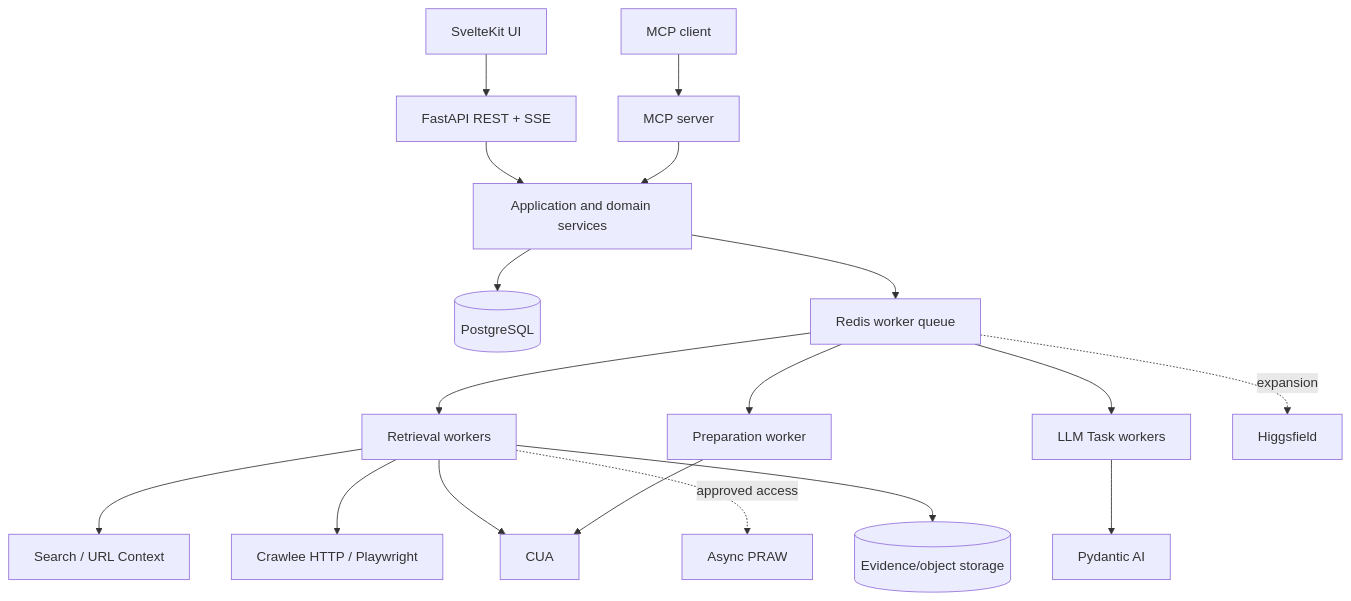
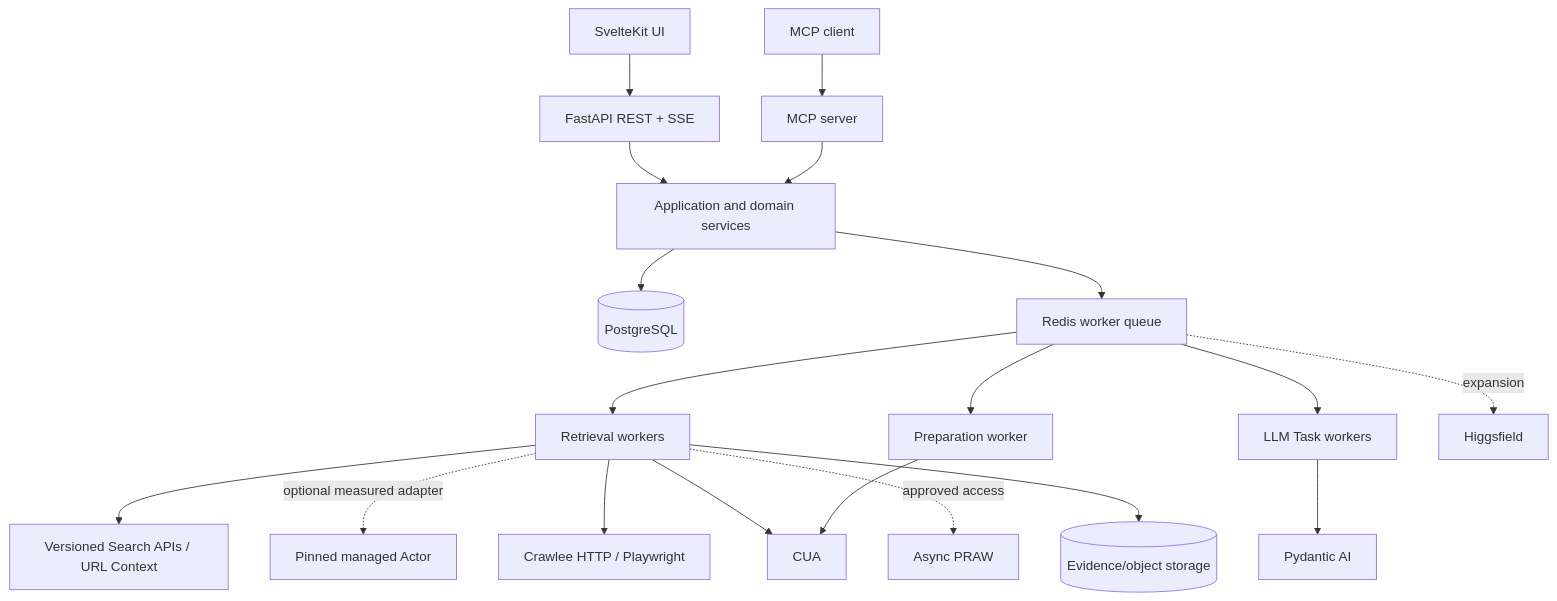
One commit to harihkim/aptori_outreach changed the diagram in social_intelligence_markdown/docs/architecture/system-design.md. Above: the diagram before and after it, drawn with Mermaid. The commit also changed other lines of this file and 25 other files, not shown here.

````diff
--- a/social_intelligence_markdown/docs/architecture/system-design.md
+++ b/social_intelligence_markdown/docs/architecture/system-design.md
@@ -8,20 +8,21 @@
 ```mermaid
 flowchart TB
     UI[SvelteKit UI] --> REST[FastAPI REST + SSE]
     AG[MCP client] --> MCP[MCP server]
     REST --> CORE[Application and domain services]
     MCP --> CORE
     CORE --> PG[(PostgreSQL)]
     CORE --> Q[Redis worker queue]
     Q --> RW[Retrieval workers]
     Q --> LW[LLM Task workers]
     Q --> PW[Preparation worker]
-    RW --> SEARCH[Search / URL Context]
+    RW --> SEARCH[Versioned Search APIs / URL Context]
+    RW -. optional measured adapter .-> MANAGED[Pinned managed Actor]
     RW --> CRAWLEE[Crawlee HTTP / Playwright]
     RW --> CUA[CUA]
     RW -. approved access .-> APRAW[Async PRAW]
     LW --> PAI[Pydantic AI]
     PW --> CUA
     Q -. expansion .-> HIG[Higgsfield]
     RW --> OBJ[(Evidence/object storage)]
 ```
````
